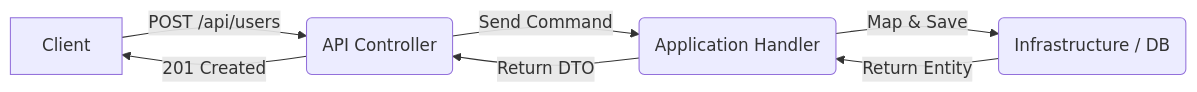
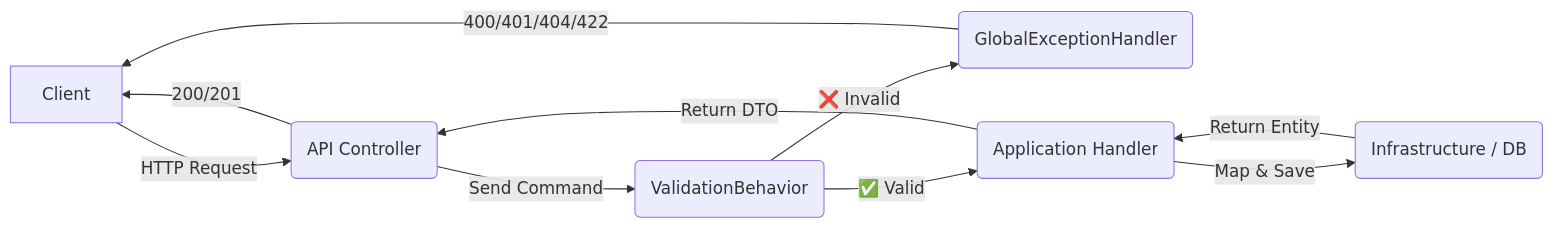
One commit to pinterest-clone-project/Esthetic changed the diagram in backend-pinterest/README.md. Above: the diagram before and after it, drawn with Mermaid. The commit also changed other lines of this file, not shown here.

`````````diff
--- a/backend-pinterest/README.md
+++ b/backend-pinterest/README.md
@@ -79,9 +77,12 @@
 ```mermaid
 graph LR
-    A[Client] -->|POST /api/users| B(API Controller)
-    B -->|Send Command| C(Application Handler)
-    C -->|Map & Save| D(Infrastructure / DB)
-    D -->|Return Entity| C
-    C -->|Return DTO| B
-    B -->|201 Created| A
-````````
+    A[Client] -->|HTTP Request| B(API Controller)
+    B -->|Send Command| C(ValidationBehavior)
+    C -->|❌ Invalid| E(GlobalExceptionHandler)
+    E -->|400/401/404/422| A
+    C -->|✅ Valid| D(Application Handler)
+    D -->|Map & Save| F(Infrastructure / DB)
+    F -->|Return Entity| D
+    D -->|Return DTO| B
+    B -->|200/201| A
+```
`````````
